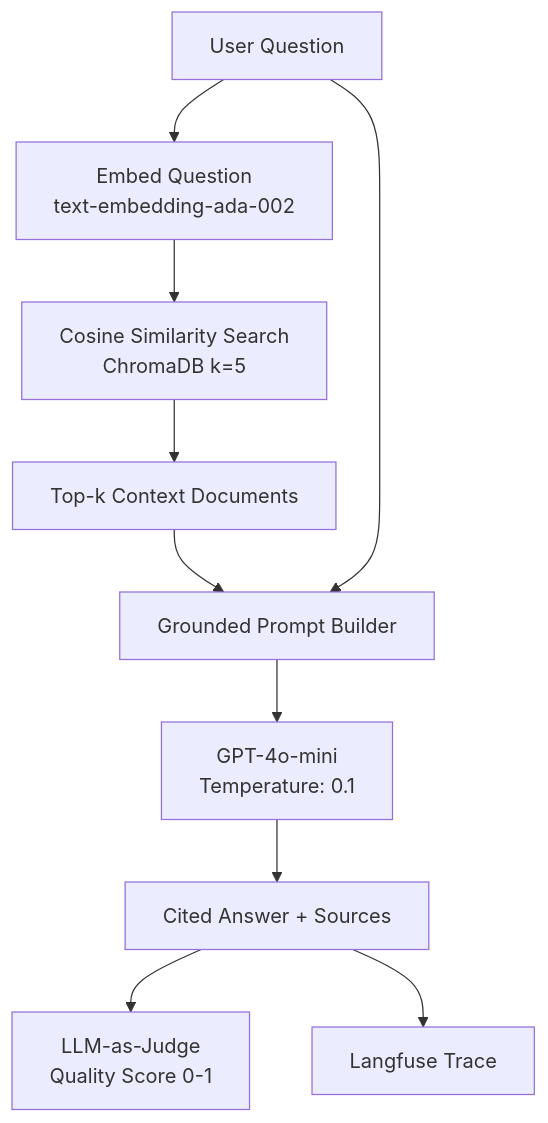
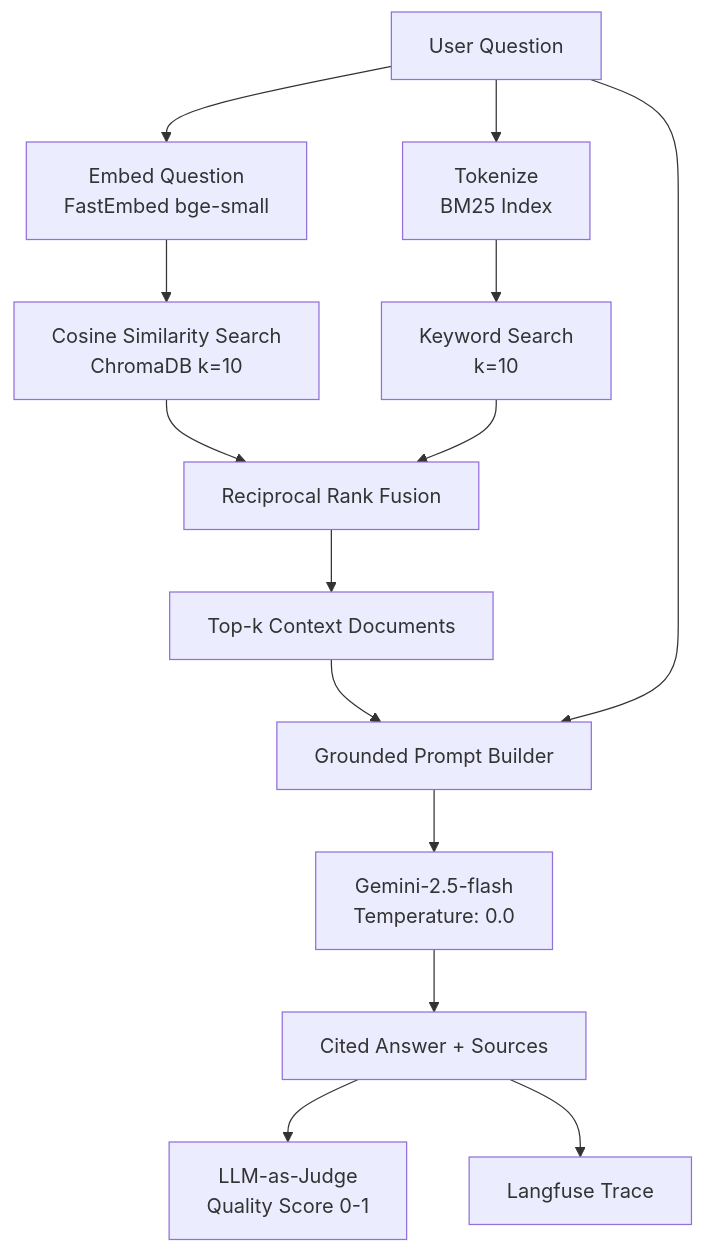
One commit to Shikhar-Kesharwani/STOCK_MARKET_LLM changed the fourth of 6 diagrams in README.md. Above: the diagram before and after it, drawn with Mermaid. The commit also changed other lines of this file, not shown here.

Commit message:
docs: update README to reflect Gemini, FastEmbed, and Debate features

````diff
--- a/README.md
+++ b/README.md
@@ -484,12 +486,16 @@
 ```mermaid
 flowchart TD
-    Q[User Question] --> EMB1[Embed Question\ntext-embedding-ada-002]
-    EMB1 --> SIM[Cosine Similarity Search\nChromaDB k=5]
-    SIM --> CTX[Top-k Context Documents]
+    Q[User Question] --> EMB1[Embed Question\nFastEmbed bge-small]
+    Q --> BM25[Tokenize\nBM25 Index]
+    EMB1 --> SIM[Cosine Similarity Search\nChromaDB k=10]
+    BM25 --> KW[Keyword Search\nk=10]
+    SIM --> RRF[Reciprocal Rank Fusion]
+    KW --> RRF
+    RRF --> CTX[Top-k Context Documents]
     CTX --> PROMPT[Grounded Prompt Builder]
     Q --> PROMPT
-    PROMPT --> LLM[GPT-4o-mini\nTemperature: 0.1]
+    PROMPT --> LLM[Gemini-2.5-flash\nTemperature: 0.0]
     LLM --> ANS[Cited Answer + Sources]
     ANS --> EVAL[LLM-as-Judge\nQuality Score 0-1]
     ANS --> LF[Langfuse Trace]
 ```
````
